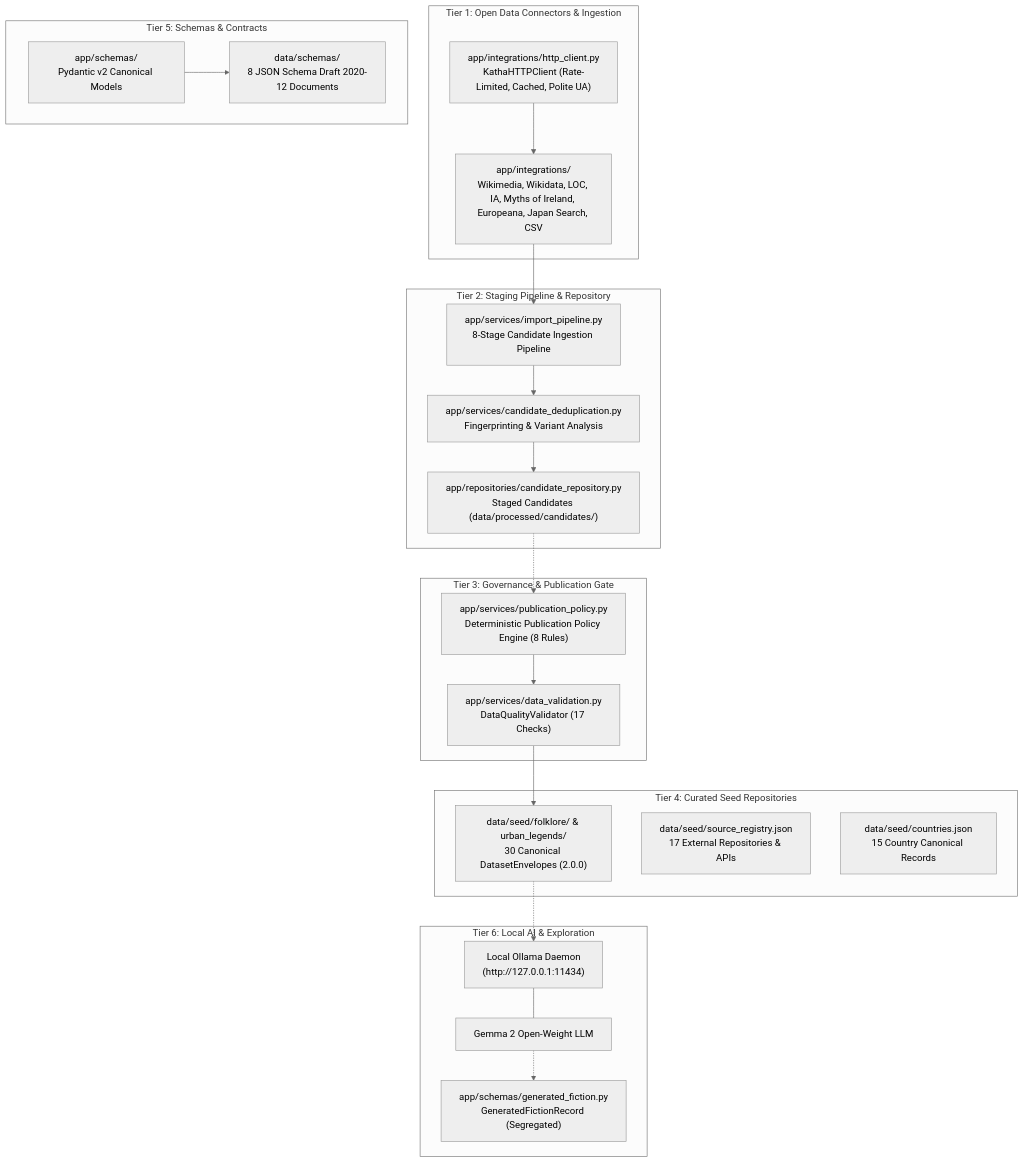
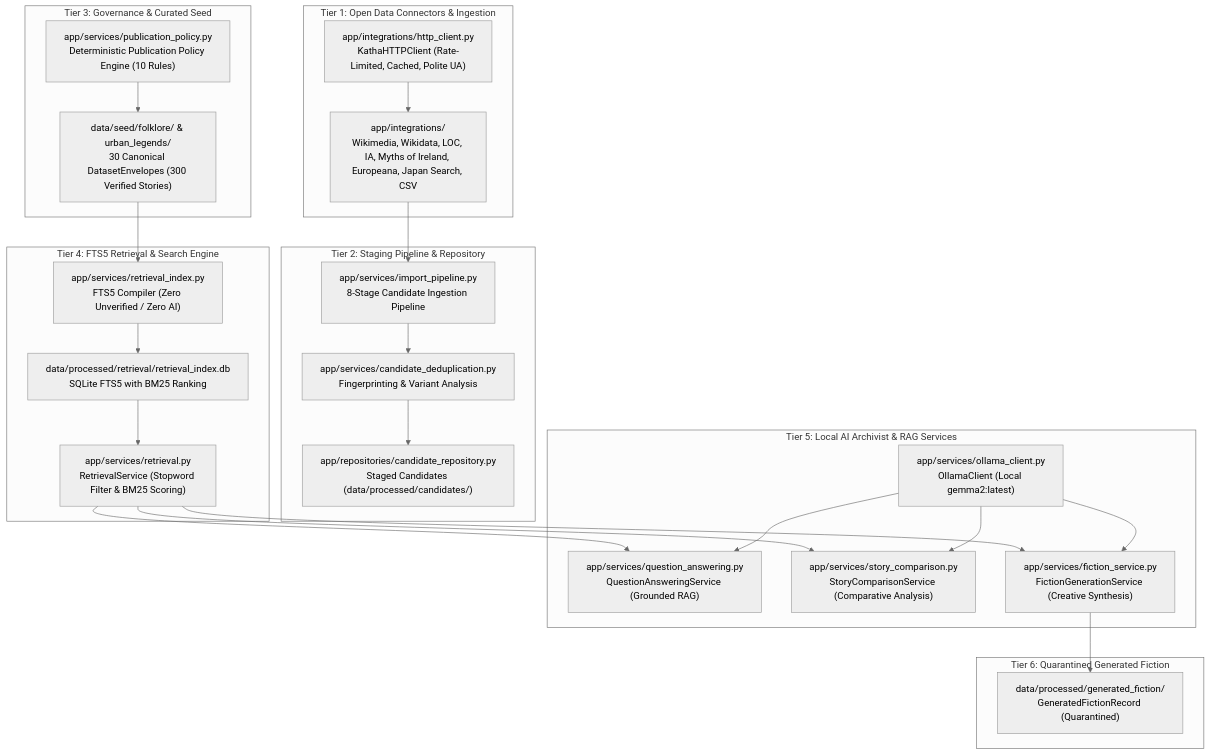
The first of 3 diagrams in docs/architecture.md (AnshMeshram/KathaYantra), drawn with Mermaid (neutral theme) before and after one commit. The commit also changed other lines of this file and 62 other files, not shown here.

Commit message:
feat: KathaYantra Phase 5 - local AI archivist, RAG retrieval, grounded Q&A, and isolated fiction generation

````diff
--- a/docs/architecture.md
+++ b/docs/architecture.md
@@ -14,46 +20,50 @@
 ```mermaid
 flowchart TD
     subgraph Tier 1: Open Data Connectors & Ingestion
         HTTP["app/integrations/http_client.py<br>KathaHTTPClient (Rate-Limited, Cached, Polite UA)"]
         CONNECTORS["app/integrations/<br>Wikimedia, Wikidata, LOC, IA, Myths of Ireland, Europeana, Japan Search, CSV"]
         HTTP --> CONNECTORS
     end
 
     subgraph Tier 2: Staging Pipeline & Repository
         PIPELINE["app/services/import_pipeline.py<br>8-Stage Candidate Ingestion Pipeline"]
         DEDUP["app/services/candidate_deduplication.py<br>Fingerprinting & Variant Analysis"]
         REPO["app/repositories/candidate_repository.py<br>Staged Candidates (data/processed/candidates/)"]
         CONNECTORS --> PIPELINE
         PIPELINE --> DEDUP
         DEDUP --> REPO
     end
 
-    subgraph Tier 3: Governance & Publication Gate
-        POLICY["app/services/publication_policy.py<br>Deterministic Publication Policy Engine (8 Rules)"]
-        VALIDATOR["app/services/data_validation.py<br>DataQualityValidator (17 Checks)"]
-        REPO -.-> POLICY
-        POLICY --> VALIDATOR
+    subgraph Tier 3: Governance & Curated Seed
+        POLICY["app/services/publication_policy.py<br>Deterministic Publication Policy Engine (10 Rules)"]
+        SEED["data/seed/folklore/ & urban_legends/<br>30 Canonical DatasetEnvelopes (300 Verified Stories)"]
+        POLICY --> SEED
     end
 
-    subgraph Tier 4: Curated Seed Repositories
-        SEED["data/seed/folklore/ & urban_legends/<br>30 Canonical DatasetEnvelopes (2.0.0)"]
-        REGISTRY["data/seed/source_registry.json<br>17 External Repositories & APIs"]
-        COUNTRIES["data/seed/countries.json<br>15 Country Canonical Records"]
-        VALIDATOR --> SEED
+    subgraph Tier 4: FTS5 Retrieval & Search Engine
+        COMPILER["app/services/retrieval_index.py<br>FTS5 Compiler (Zero Unverified / Zero AI)"]
+        FTS_DB["data/processed/retrieval/retrieval_index.db<br>SQLite FTS5 with BM25 Ranking"]
+        SEARCH["app/services/retrieval.py<br>RetrievalService (Stopword Filter & BM25 Scoring)"]
+        SEED --> COMPILER
+        COMPILER --> FTS_DB
+        FTS_DB --> SEARCH
     end
 
-    subgraph Tier 5: Schemas & Contracts
-        PYDANTIC["app/schemas/<br>Pydantic v2 Canonical Models"]
-        EXPORTS["data/schemas/<br>8 JSON Schema Draft 2020-12 Documents"]
-        PYDANTIC --> EXPORTS
+    subgraph Tier 5: Local AI Archivist & RAG Services
+        OLLAMA["app/services/ollama_client.py<br>OllamaClient (Local gemma2:latest)"]
+        QA["app/services/question_answering.py<br>QuestionAnsweringService (Grounded RAG)"]
+        COMPARE["app/services/story_comparison.py<br>StoryComparisonService (Comparative Analysis)"]
+        FICTION["app/services/fiction_service.py<br>FictionGenerationService (Creative Synthesis)"]
+        SEARCH --> QA
+        SEARCH --> COMPARE
+        SEARCH --> FICTION
+        OLLAMA --> QA
+        OLLAMA --> COMPARE
+        OLLAMA --> FICTION
     end
 
-    subgraph Tier 6: Local AI & Exploration
-        OLLAMA["Local Ollama Daemon<br>(http://127.0.0.1:11434)"]
-        GEMMA["Gemma 2 Open-Weight LLM"]
-        FICTION["app/schemas/generated_fiction.py<br>GeneratedFictionRecord (Segregated)"]
-        SEED -.-> OLLAMA
-        OLLAMA --- GEMMA
-        GEMMA -.-> FICTION
+    subgraph Tier 6: Quarantined Generated Fiction
+        FIC_STORAGE["data/processed/generated_fiction/<br>GeneratedFictionRecord (Quarantined)"]
+        FICTION --> FIC_STORAGE
     end
 ```
````
